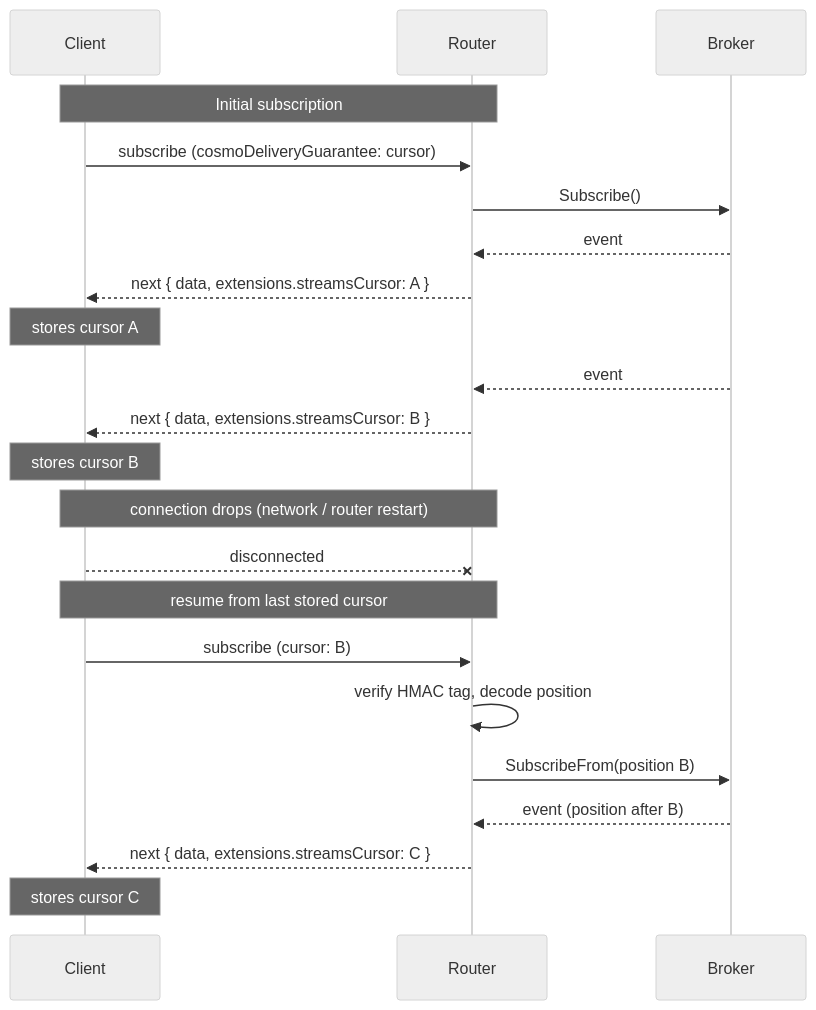
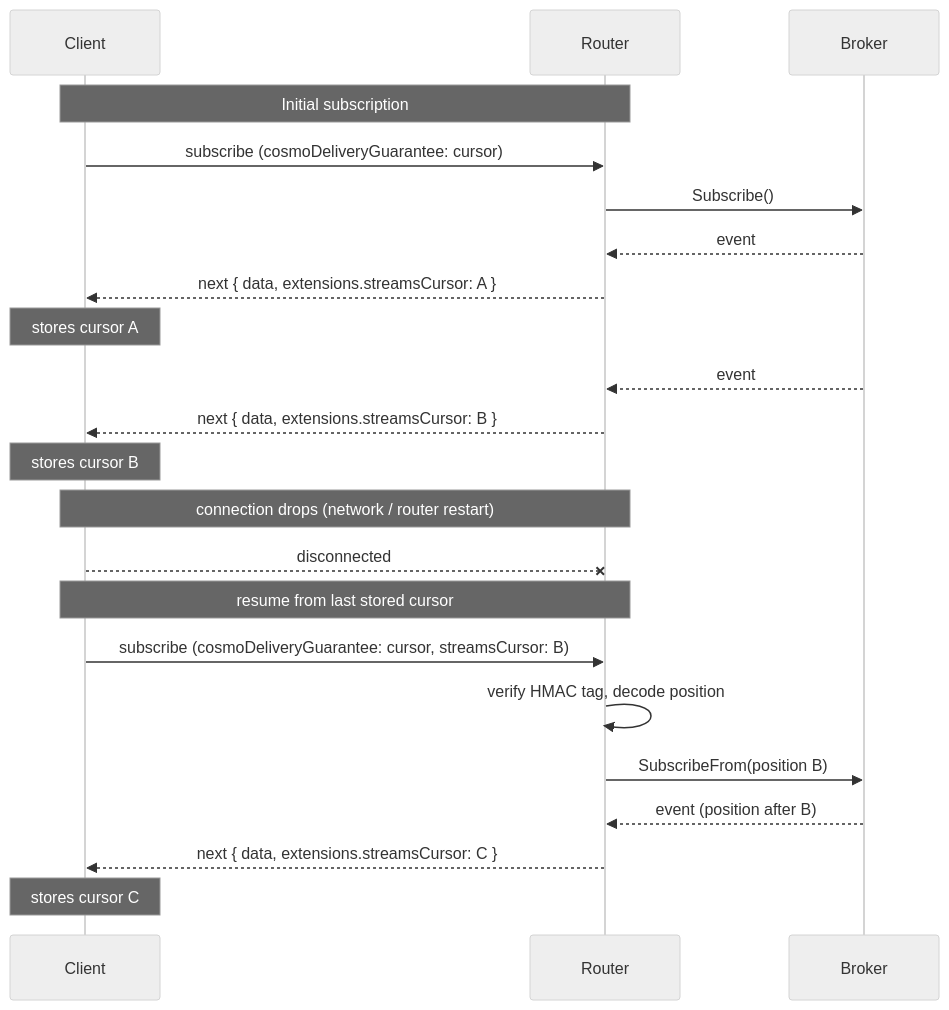
The diagram in rfc/at-least-once-v1.md (wundergraph/cosmo), drawn with Mermaid (neutral theme) before and after one commit. The commit also changed other lines of this file, not shown here.

Commit message:
chore: replace 'cursor' with 'streamsCursor' in RFC

````diff
--- a/rfc/at-least-once-v1.md
+++ b/rfc/at-least-once-v1.md
@@ -46,27 +46,27 @@
 ```mermaid
 sequenceDiagram
     participant Client
     participant Router
     participant Broker
 
     Note over Client,Router: Initial subscription
     Client->>Router: subscribe (cosmoDeliveryGuarantee: cursor)
     Router->>Broker: Subscribe()
     Broker-->>Router: event
     Router-->>Client: next { data, extensions.streamsCursor: A }
     Note over Client: stores cursor A
     Broker-->>Router: event
     Router-->>Client: next { data, extensions.streamsCursor: B }
     Note over Client: stores cursor B
 
     Note over Client,Router: connection drops (network / router restart)
     Client--xRouter: disconnected
 
     Note over Client,Router: resume from last stored cursor
-    Client->>Router: subscribe (cursor: B)
+    Client->>Router: subscribe (cosmoDeliveryGuarantee: cursor, streamsCursor: B)
     Router->>Router: verify HMAC tag, decode position
     Router->>Broker: SubscribeFrom(position B)
     Broker-->>Router: event (position after B)
     Router-->>Client: next { data, extensions.streamsCursor: C }
     Note over Client: stores cursor C
 ```
````
